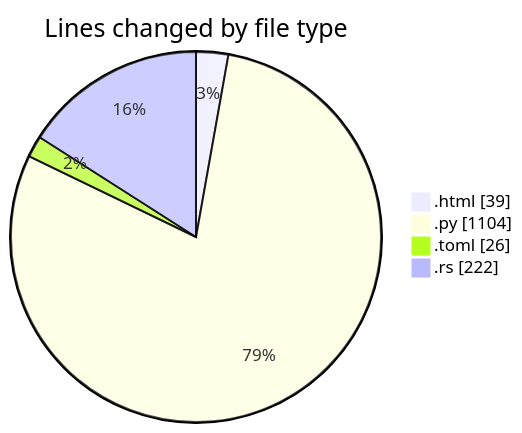
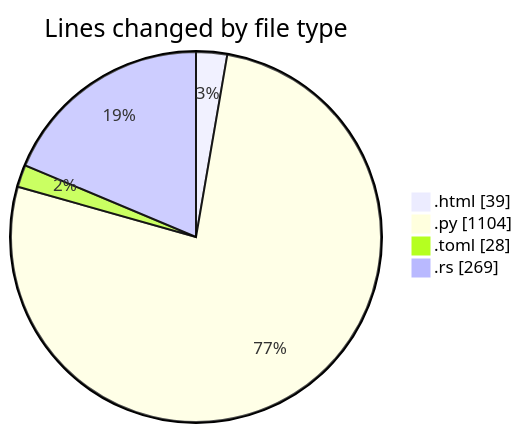
The first of 2 diagrams in 2025-06-22/___base/README.md (Ritupan-Deka/code-tracking), drawn with Mermaid before and after one commit. The commit also changed other lines of this file and 1 other file, not shown here.

````diff
--- a/2025-06-22/___base/README.md
+++ b/2025-06-22/___base/README.md
@@ -25,8 +25,8 @@
 ```mermaid
 pie showData
 title Lines changed by file type
 ".html" : 39
 ".py" : 1104
-".toml" : 26
-".rs" : 222
+".toml" : 28
+".rs" : 269
 ```
````
